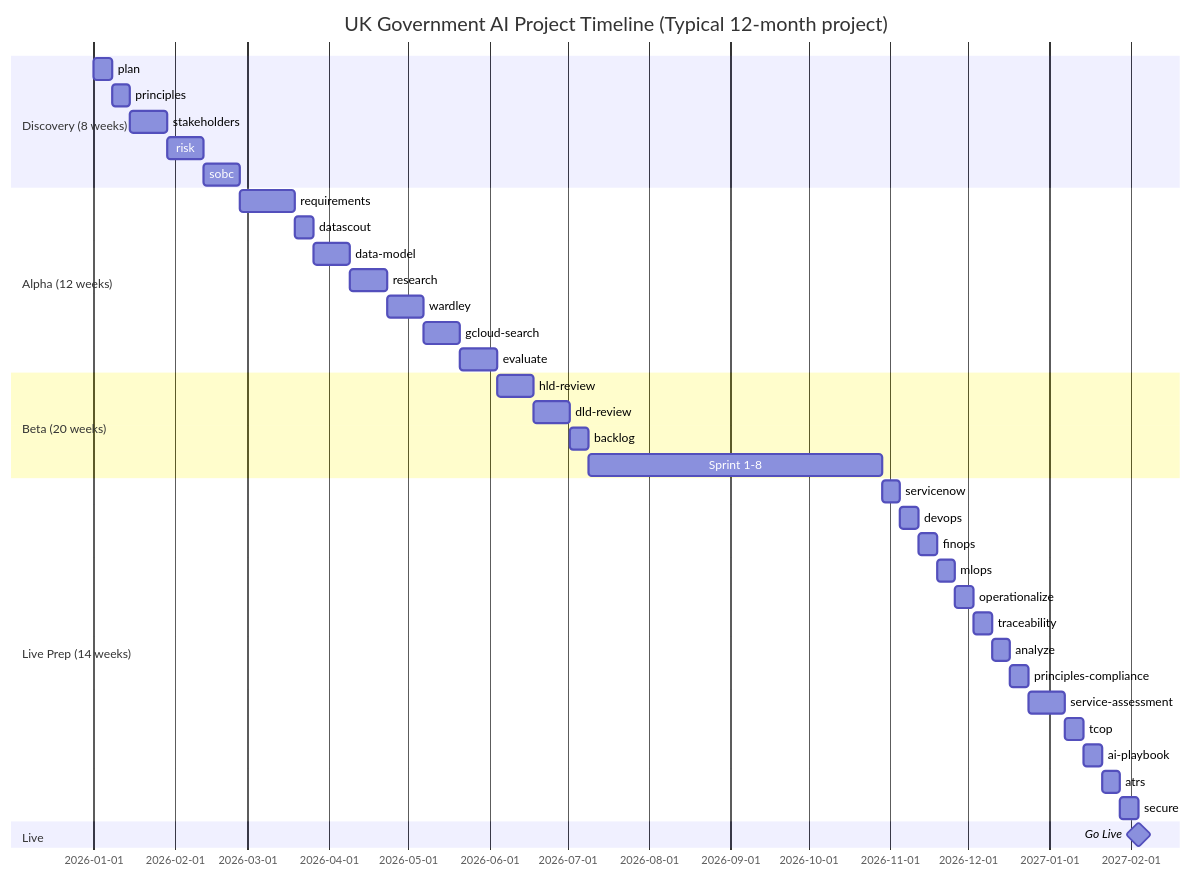
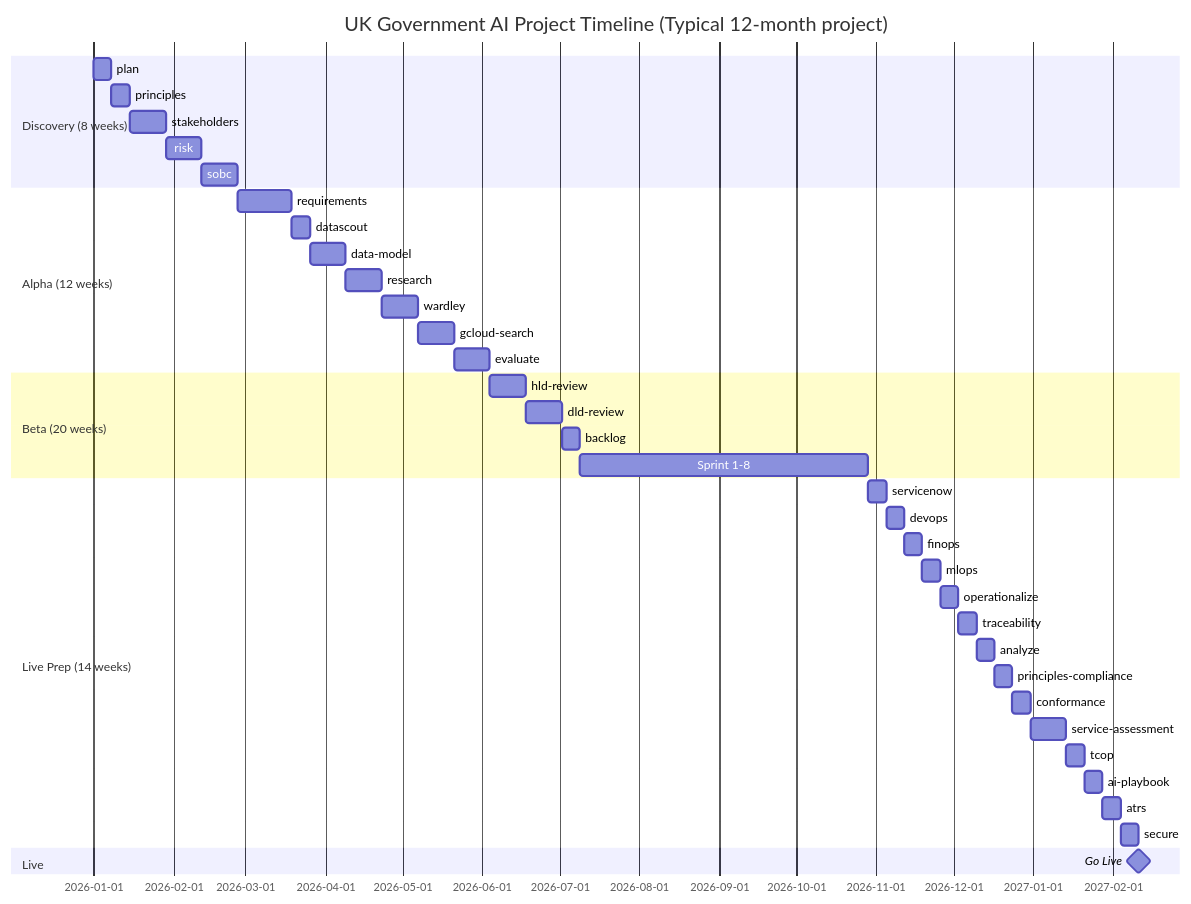
Before and after one commit to tractorjuice/arc-kit: the sixth of 9 diagrams in WORKFLOW-DIAGRAMS.md, drawn with Mermaid. The commit also changed other lines of this file and 40 other files, not shown here.

First line of the commit message:
release: v2.9.0 — architecture conformance assessment command (#55)

````diff
--- a/WORKFLOW-DIAGRAMS.md
+++ b/WORKFLOW-DIAGRAMS.md
@@ -608,40 +618,41 @@
 ```mermaid
 gantt
     title UK Government AI Project Timeline (Typical 12-month project)
     dateFormat YYYY-MM-DD
     section Discovery (8 weeks)
     plan                    :a1, 2026-01-01, 1w
     principles              :a2, after a1, 1w
     stakeholders            :a3, after a2, 2w
     risk                    :a4, after a3, 2w
     sobc                    :a5, after a4, 2w
     section Alpha (12 weeks)
     requirements            :b1, after a5, 3w
     datascout               :b1a, after b1, 1w
     data-model              :b2, after b1a, 2w
     research                :b3, after b2, 2w
     wardley                 :b4, after b3, 2w
     gcloud-search           :b5, after b4, 2w
     evaluate                :b6, after b5, 2w
     section Beta (20 weeks)
     hld-review              :c1, after b6, 2w
     dld-review              :c2, after c1, 2w
     backlog                 :c3, after c2, 1w
     Sprint 1-8              :c4, after c3, 16w
     section Live Prep (14 weeks)
     servicenow              :d1, after c4, 1w
     devops                  :d1a, after d1, 1w
     finops                  :d1b, after d1a, 1w
     mlops                   :d1c, after d1b, 1w
     operationalize          :d1d, after d1c, 1w
     traceability            :d2, after d1d, 1w
     analyze                 :d3, after d2, 1w
     principles-compliance   :d3a, after d3, 1w
-    service-assessment      :d4, after d3a, 2w
+    conformance             :d3b, after d3a, 1w
+    service-assessment      :d4, after d3b, 2w
     tcop                    :d5, after d4, 1w
     ai-playbook             :d6, after d5, 1w
     atrs                    :d7, after d6, 1w
     secure                  :d8, after d7, 1w
     section Live
     Go Live                 :milestone, after d8, 0d
 ```
````
